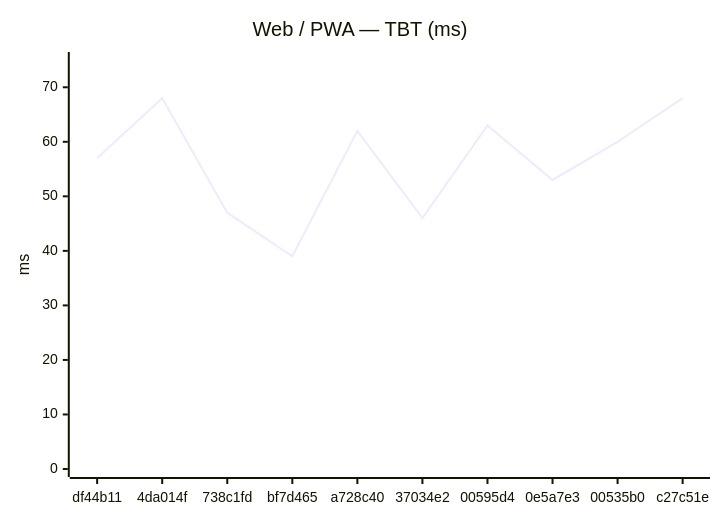
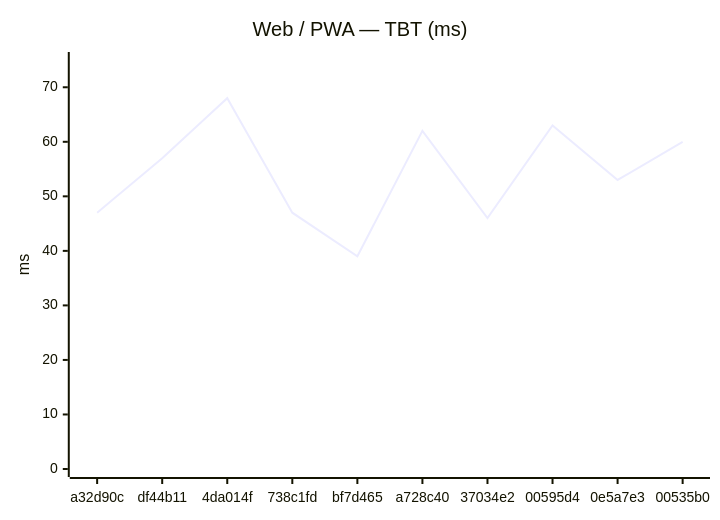
One commit to Metaheurist/Rianell changed the second of 24 diagrams in benchmarks/compare.md. Above: the diagram before and after it, drawn with Mermaid. The commit also changed other lines of this file and 12 other files, not shown here.

````diff
--- a/benchmarks/compare.md
+++ b/benchmarks/compare.md
@@ -31,7 +31,7 @@
 ```mermaid
 xychart-beta
     title "Web / PWA — TBT (ms)"
-    x-axis ["df44b11", "4da014f", "738c1fd", "bf7d465", "a728c40", "37034e2", "00595d4", "0e5a7e3", "00535b0", "c27c51e"]
+    x-axis ["a32d90c", "df44b11", "4da014f", "738c1fd", "bf7d465", "a728c40", "37034e2", "00595d4", "0e5a7e3", "00535b0"]
     y-axis "ms" 0 --> 75
-    line [57, 68, 47, 39, 62, 46, 63, 53, 60, 68]
+    line [47, 57, 68, 47, 39, 62, 46, 63, 53, 60]
 ```
````
